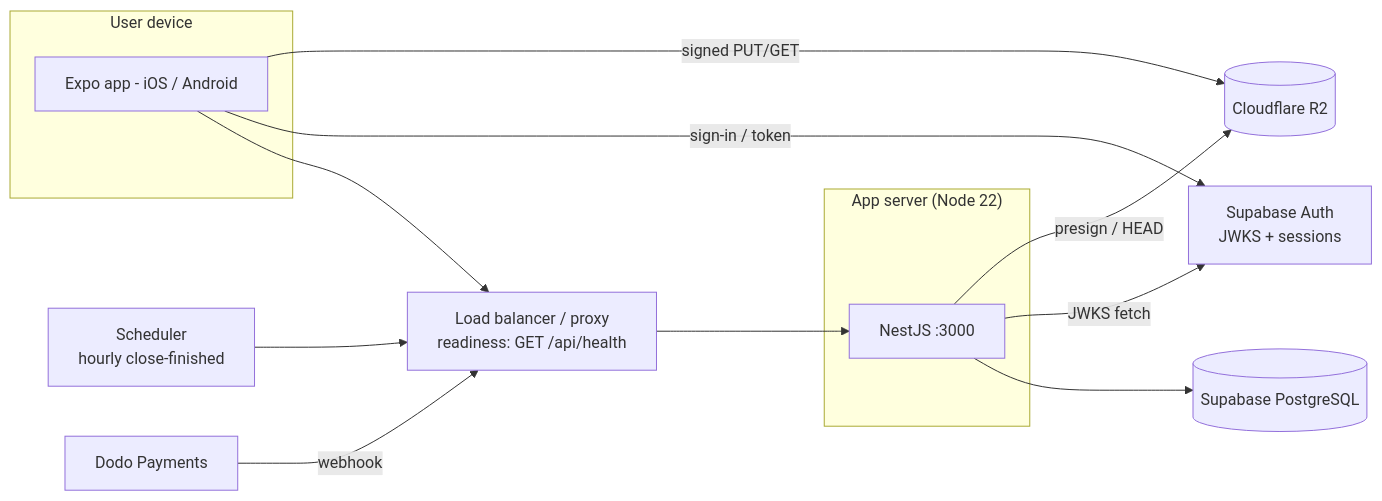
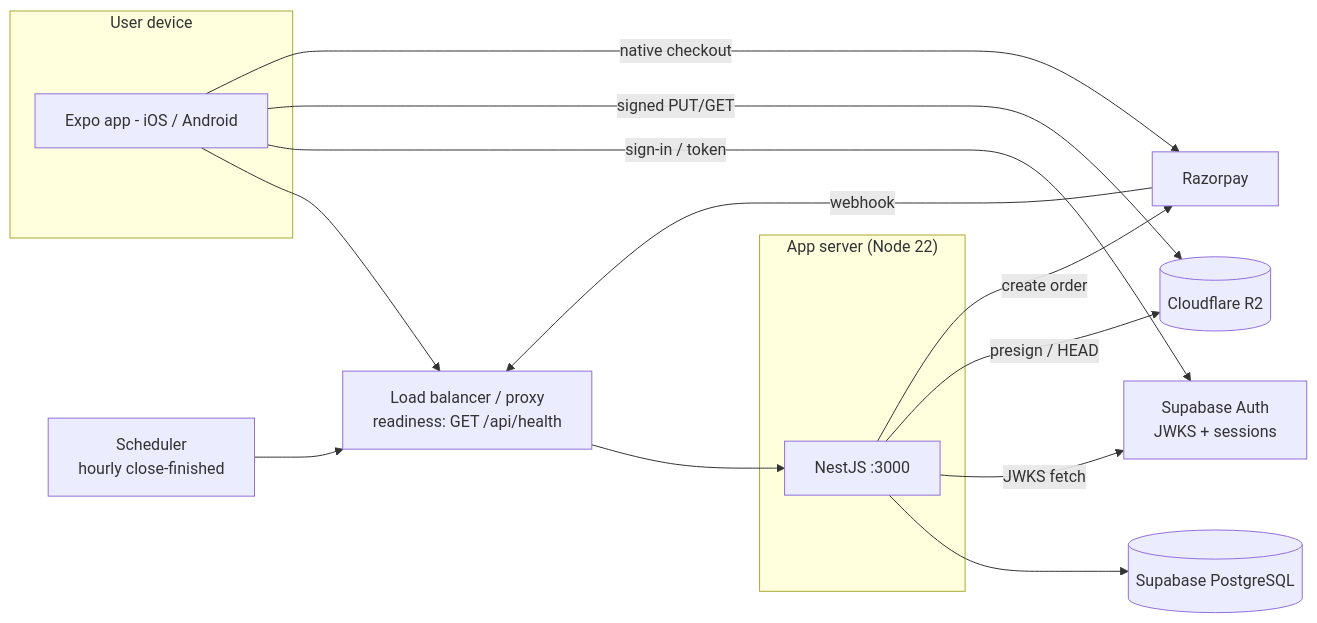
Before and after one commit to SinghAman21/nabhya: diagram 15 of 15 in final-year-report.md, drawn with Mermaid. The commit also changed other lines of this file and 29 other files, not shown here.

````diff
--- a/final-year-report.md
+++ b/final-year-report.md
@@ -1126,24 +1129,26 @@
 ```mermaid
 flowchart LR
     subgraph Device["User device"]
         APP[Expo app - iOS / Android]
     end
     LB[Load balancer / proxy<br/>readiness: GET /api/health]
     subgraph Compute["App server (Node 22)"]
         NEST[NestJS :3000]
     end
     CRON[Scheduler<br/>hourly close-finished]
     NEON[(Supabase PostgreSQL)]
     NAUTH[Supabase Auth<br/>JWKS + sessions]
     R2[(Cloudflare R2)]
-    DODO[Dodo Payments]
+    RAZORPAY[Razorpay]
 
     APP --> LB --> NEST
     APP -- sign-in / token --> NAUTH
     APP -- signed PUT/GET --> R2
+    APP -- native checkout --> RAZORPAY
     NEST --> NEON
     NEST -- JWKS fetch --> NAUTH
     NEST -- presign / HEAD --> R2
-    DODO -- webhook --> LB
+    NEST -- create order --> RAZORPAY
+    RAZORPAY -- webhook --> LB
     CRON --> LB
 ```
````
